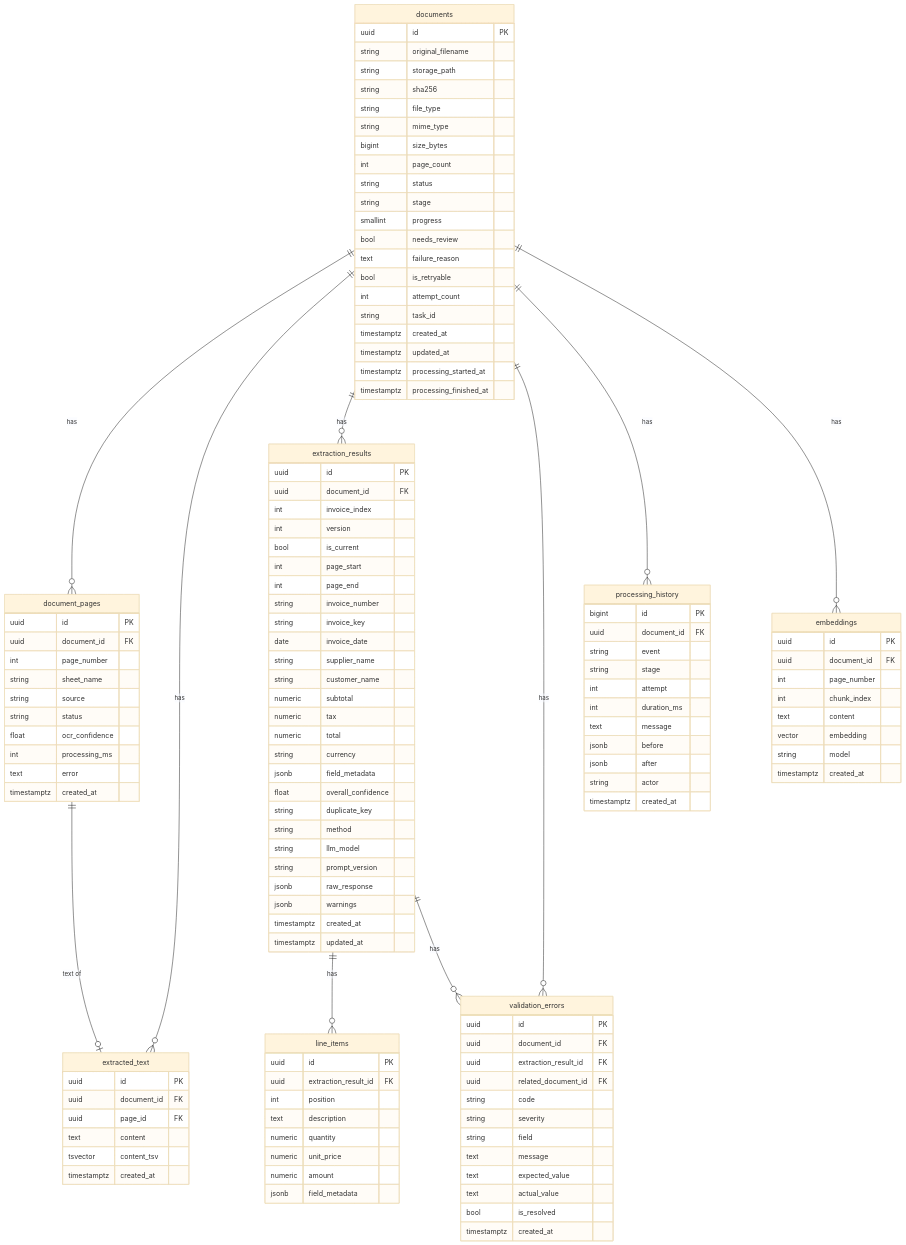
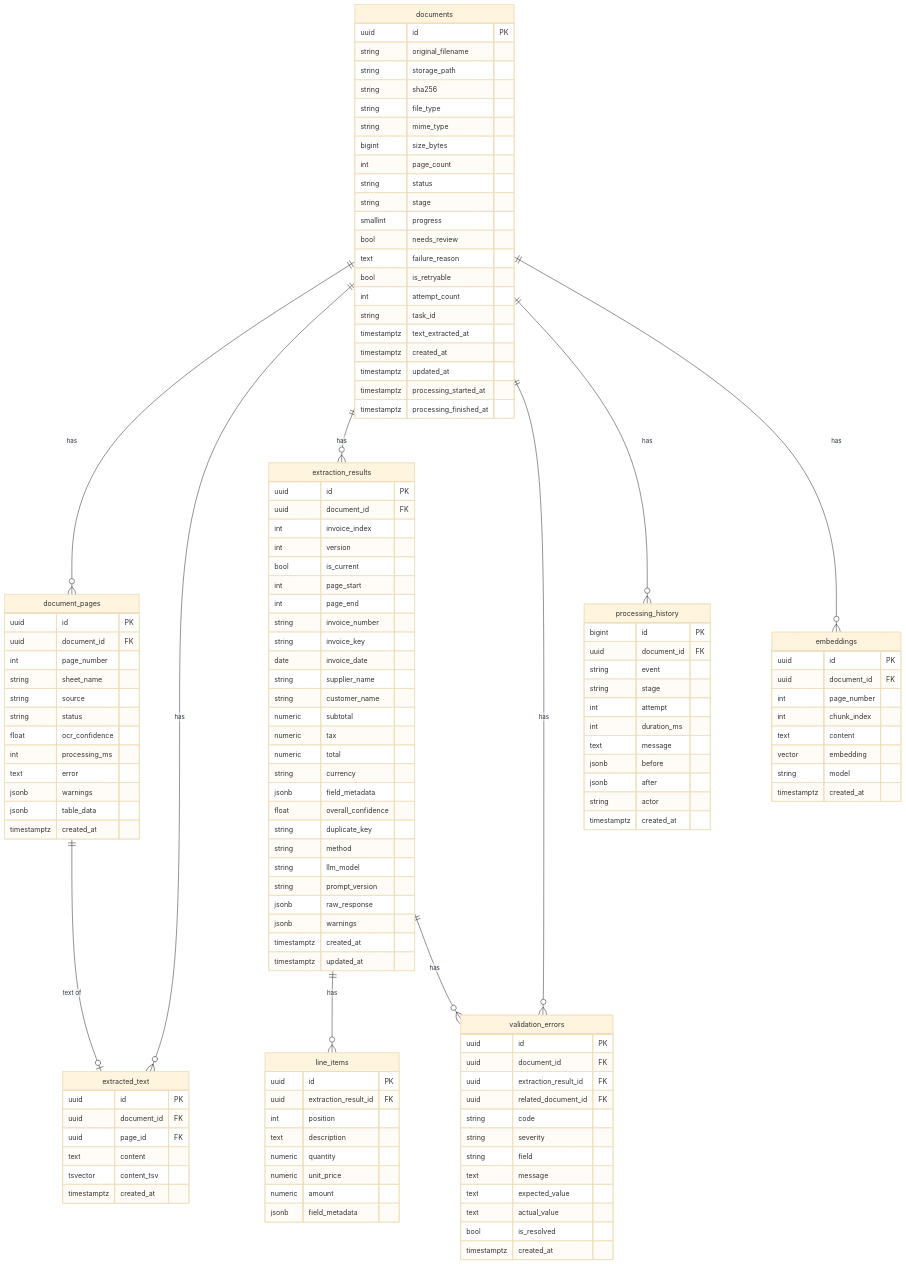
The third of 3 diagrams in docs/architecture.md (tareqsujat-cmd/AI-Powered-Document-Intelligence-System), drawn with Mermaid (base theme) before and after one commit. The commit also changed other lines of this file and 54 other files, not shown here.

```diff
--- a/docs/architecture.md
+++ b/docs/architecture.md
@@ -206,6 +261,7 @@
         bool is_retryable
         int attempt_count
         string task_id
+        timestamptz text_extracted_at
         timestamptz created_at
         timestamptz updated_at
         timestamptz processing_started_at
@@ -221,6 +277,8 @@
         float ocr_confidence
         int processing_ms
         text error
+        jsonb warnings
+        jsonb table_data
         timestamptz created_at
     }
     extracted_text {
```
